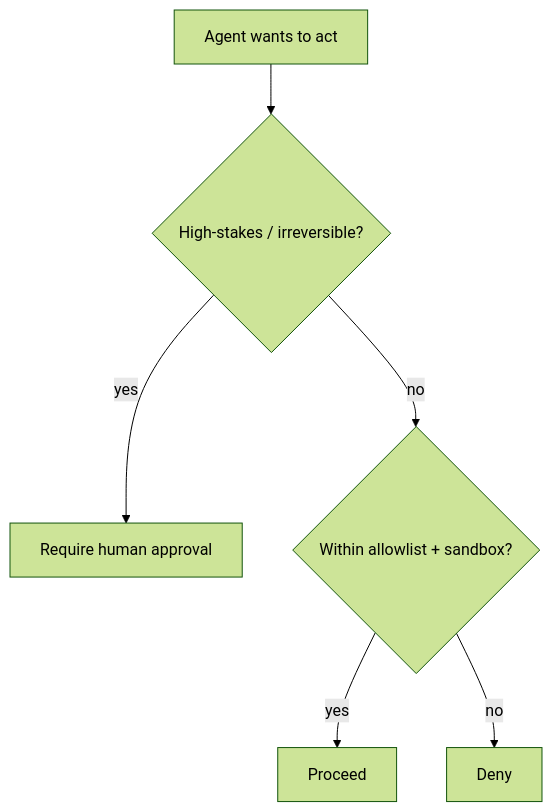
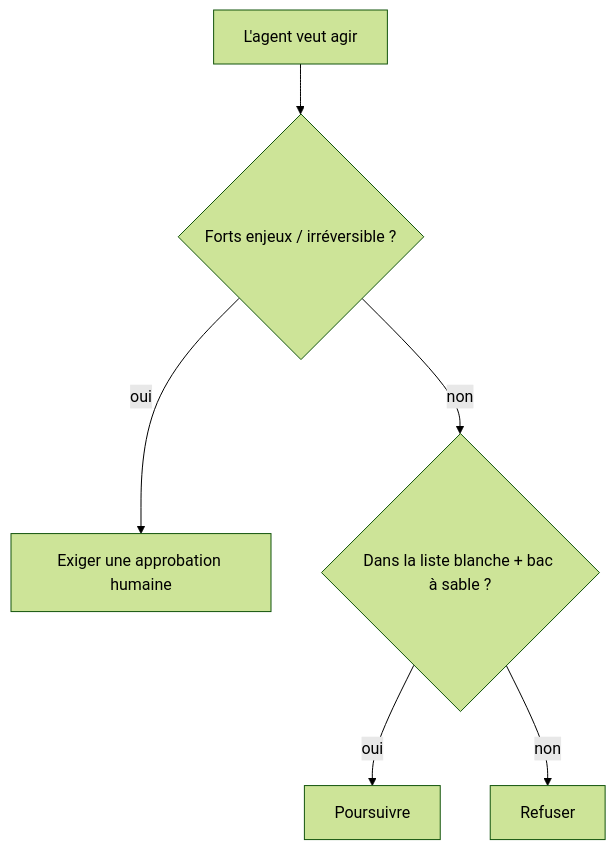
The diagram in i18n/fr/docusaurus-plugin-content-docs/current/security/securing-agents.mdx (derob98/ailmanac), drawn with Mermaid (forest theme) before and after one commit. The commit also changed other lines of this file and 11 other files, not shown here.

````diff
--- a/i18n/fr/docusaurus-plugin-content-docs/current/security/securing-agents.mdx
+++ b/i18n/fr/docusaurus-plugin-content-docs/current/security/securing-agents.mdx
@@ -31,8 +37,8 @@
 ```mermaid
 flowchart TD
-  A[Agent wants to act] --> B{High-stakes / irreversible?}
-  B -->|yes| H[Require human approval]
-  B -->|no| C{Within allowlist + sandbox?}
-  C -->|yes| D[Proceed]
-  C -->|no| X[Deny]
+  A[L'agent veut agir] --> B{Forts enjeux / irréversible ?}
+  B -->|oui| H[Exiger une approbation humaine]
+  B -->|non| C{Dans la liste blanche + bac à sable ?}
+  C -->|oui| D[Poursuivre]
+  C -->|non| X[Refuser]
 ```
````
